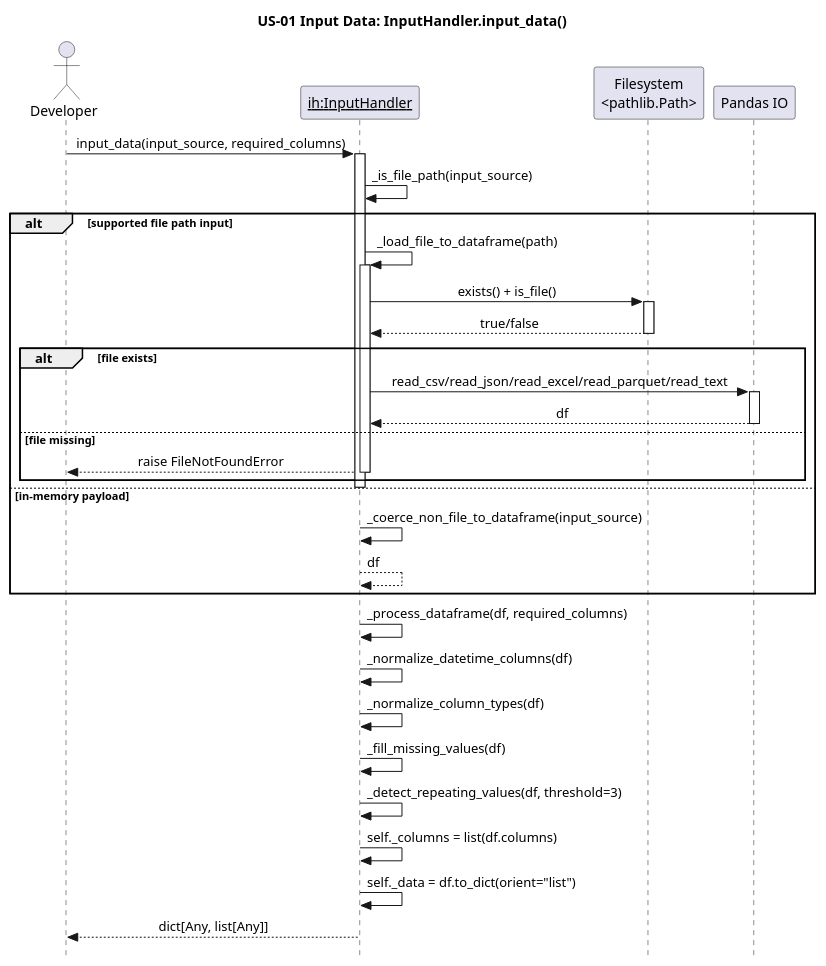
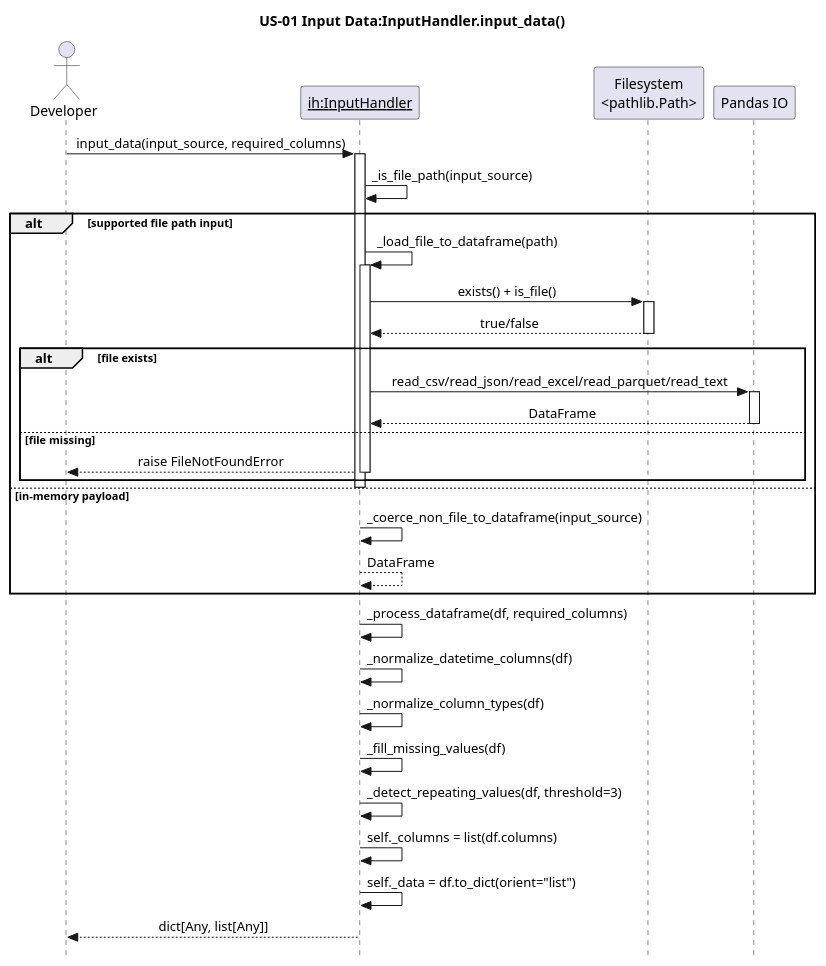
One commit to egrembocki/htmrl changed the diagram in docs/puml/US/us-01.puml. Above: the diagram before and after it, drawn with PlantUML. The commit also changed 3 other files, not shown here.

```diff
--- a/docs/puml/US/us-01.puml
+++ b/docs/puml/US/us-01.puml
@@ -1,48 +1,48 @@
 @startuml
 skinparam style strictuml
 skinparam sequenceMessageAlign center
 skinparam responseMessageBelowArrow true
-title US-01 Input Data: InputHandler.input_data()
+title US-01 Input Data:InputHandler.input_data()
 
 actor Developer
 participant "<u>ih:InputHandler</u>" as IH
 participant "Filesystem\n<pathlib.Path>" as FS
 participant "Pandas IO" as PD
 
 Developer -> IH: input_data(input_source, required_columns)
 activate IH
 IH -> IH: _is_file_path(input_source)
 
 alt supported file path input
   IH -> IH: _load_file_to_dataframe(path)
   activate IH
   IH -> FS: exists() + is_file()
   activate FS
   FS --> IH: true/false
   deactivate FS
 
   alt file exists
     IH -> PD: read_csv/read_json/read_excel/read_parquet/read_text
     activate PD
-    PD --> IH: df
+    PD --> IH: DataFrame
     deactivate PD
   else file missing
     IH --> Developer: raise FileNotFoundError
     deactivate IH
   end
   deactivate IH
 else in-memory payload
   IH -> IH: _coerce_non_file_to_dataframe(input_source)
-  IH --> IH: df
+  IH --> IH: DataFrame
 end
 
 IH -> IH: _process_dataframe(df, required_columns)
 IH -> IH: _normalize_datetime_columns(df)
 IH -> IH: _normalize_column_types(df)
 IH -> IH: _fill_missing_values(df)
 IH -> IH: _detect_repeating_values(df, threshold=3)
 IH -> IH: self._columns = list(df.columns)
 IH -> IH: self._data = df.to_dict(orient="list")
 IH --> Developer: dict[Any, list[Any]]
 deactivate IH
 @enduml
```
